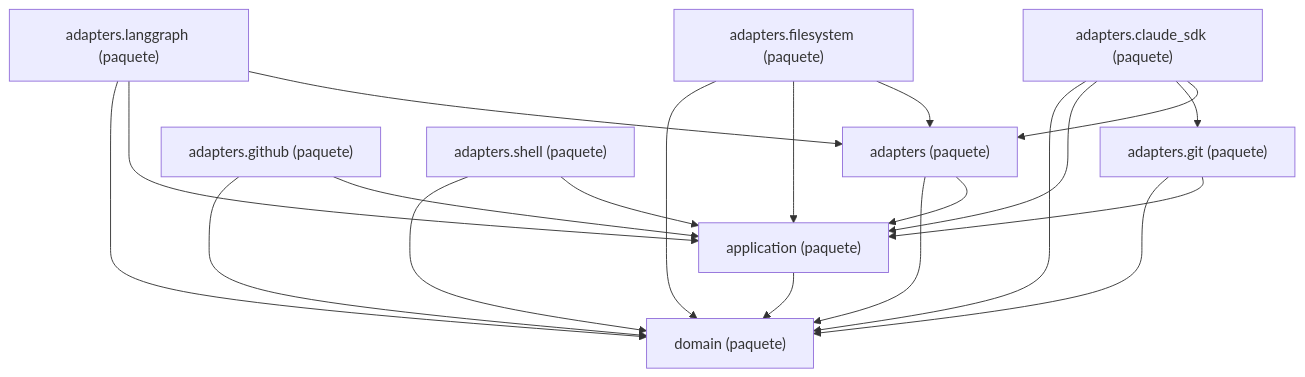
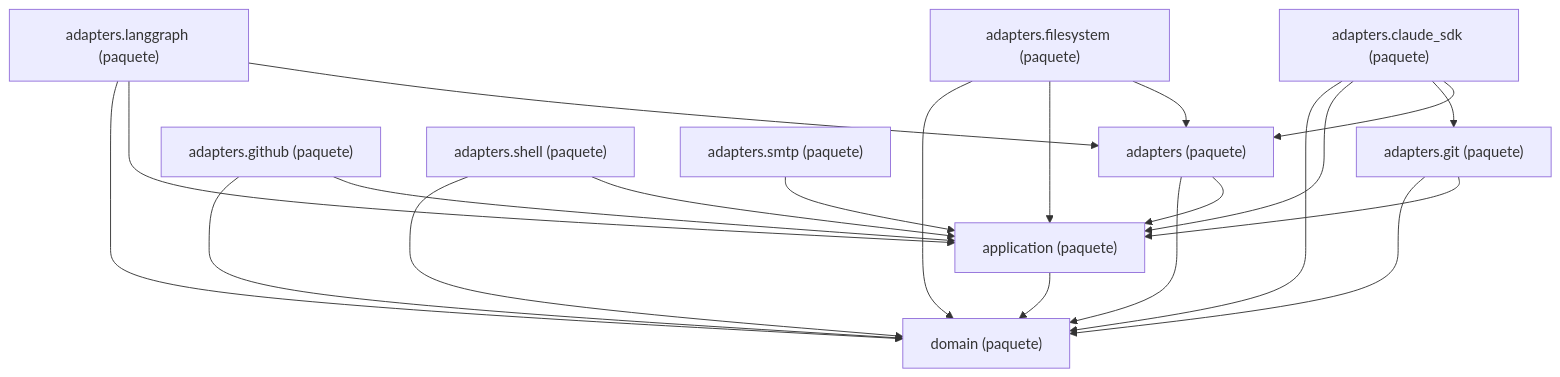
Before and after one commit to GonzaloZevallos/agentic-system: the diagram in docs/architecture/generated/packages-process.md, drawn with Mermaid. The commit also changed other lines of this file and 25 other files, not shown here.

Commit message:
Regenerate the architecture docs for the SMTP adapter

````diff
--- a/docs/architecture/generated/packages-process.md
+++ b/docs/architecture/generated/packages-process.md
@@ -36,31 +37,33 @@
 ```mermaid
 graph TD
     g_pkg__adapters["adapters (paquete)"]
     g_pkg__adapters__claude_sdk["adapters.claude_sdk (paquete)"]
     g_pkg__adapters__filesystem["adapters.filesystem (paquete)"]
     g_pkg__adapters__git["adapters.git (paquete)"]
     g_pkg__adapters__github["adapters.github (paquete)"]
     g_pkg__adapters__langgraph["adapters.langgraph (paquete)"]
     g_pkg__adapters__shell["adapters.shell (paquete)"]
+    g_pkg__adapters__smtp["adapters.smtp (paquete)"]
     g_pkg__application["application (paquete)"]
     g_pkg__domain["domain (paquete)"]
     g_pkg__adapters --> g_pkg__application
     g_pkg__adapters --> g_pkg__domain
     g_pkg__adapters__claude_sdk --> g_pkg__adapters
     g_pkg__adapters__claude_sdk --> g_pkg__adapters__git
     g_pkg__adapters__claude_sdk --> g_pkg__application
     g_pkg__adapters__claude_sdk --> g_pkg__domain
     g_pkg__adapters__filesystem --> g_pkg__adapters
     g_pkg__adapters__filesystem --> g_pkg__application
     g_pkg__adapters__filesystem --> g_pkg__domain
     g_pkg__adapters__git --> g_pkg__application
     g_pkg__adapters__git --> g_pkg__domain
     g_pkg__adapters__github --> g_pkg__application
     g_pkg__adapters__github --> g_pkg__domain
     g_pkg__adapters__langgraph --> g_pkg__adapters
     g_pkg__adapters__langgraph --> g_pkg__application
     g_pkg__adapters__langgraph --> g_pkg__domain
     g_pkg__adapters__shell --> g_pkg__application
     g_pkg__adapters__shell --> g_pkg__domain
+    g_pkg__adapters__smtp --> g_pkg__application
     g_pkg__application --> g_pkg__domain
 ```
````
